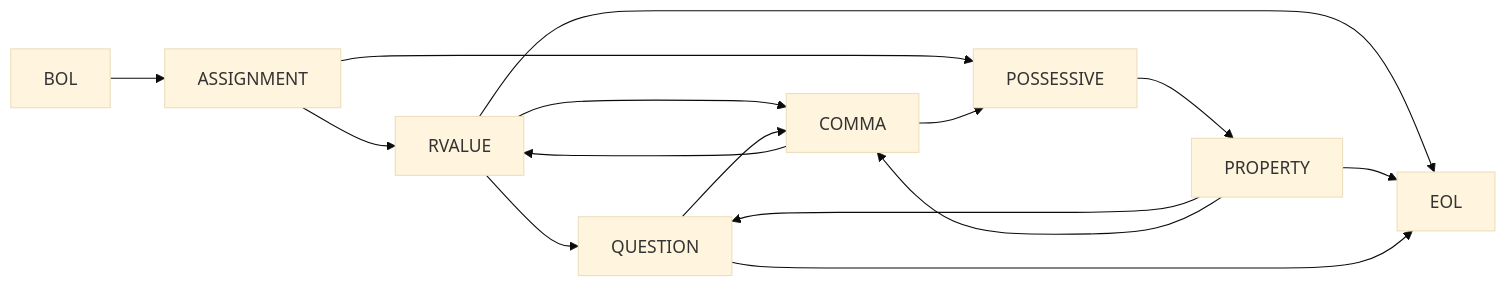
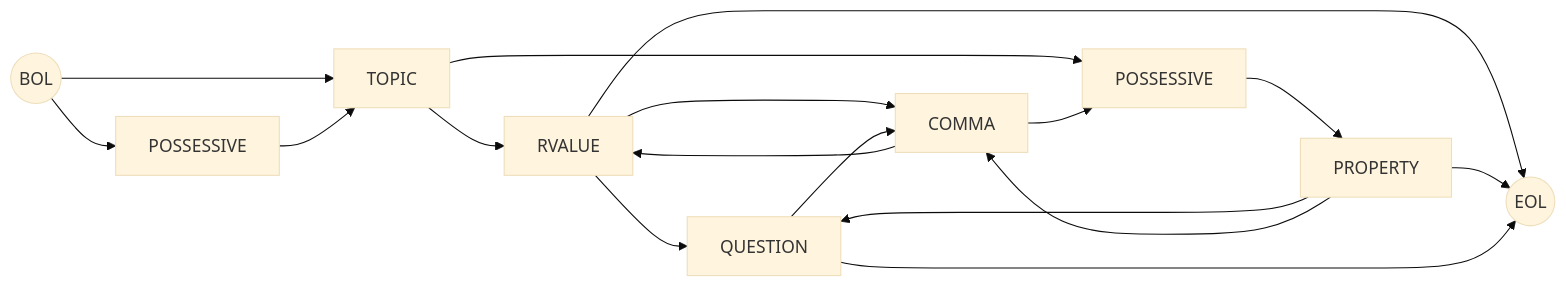
Before and after one commit to rewhowe/snapdragon: the first of 17 diagrams in documentation/nfsm.md, drawn with Mermaid (base theme). The commit also changed other lines of this file and 187 other files, not shown here.

````diff
--- a/documentation/nfsm.md
+++ b/documentation/nfsm.md
@@ -11,23 +23,25 @@
 ```mermaid
 graph LR
-  BOL --> ASSIGNMENT
+  BOL((BOL)) --> POSSESSIVE_1[POSSESSIVE]
+  BOL --> TOPIC
+  POSSESSIVE_1[POSSESSIVE] --> TOPIC
 
-  ASSIGNMENT --> RVALUE
-  ASSIGNMENT --> POSSESSIVE
+  TOPIC --> RVALUE
+  TOPIC --> POSSESSIVE_2[POSSESSIVE]
 
   RVALUE --> EOL
   RVALUE --> QUESTION
   RVALUE --> COMMA
 
-  POSSESSIVE --> PROPERTY
+  POSSESSIVE_2[POSSESSIVE] --> PROPERTY
 
   PROPERTY --> EOL
   PROPERTY --> QUESTION
   PROPERTY --> COMMA
 
   COMMA --> RVALUE
-  COMMA --> POSSESSIVE
+  COMMA --> POSSESSIVE_2[POSSESSIVE]
 
   QUESTION --> COMMA
-  QUESTION --> EOL
+  QUESTION --> EOL((EOL))
 ```
````
